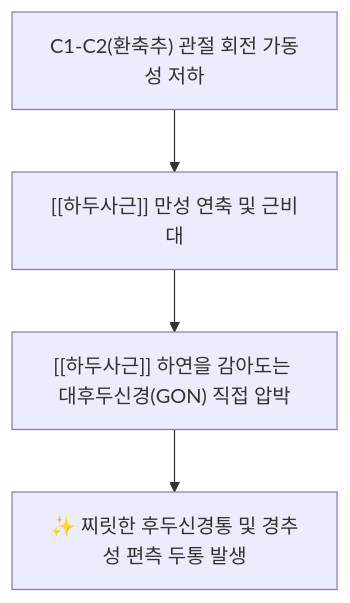
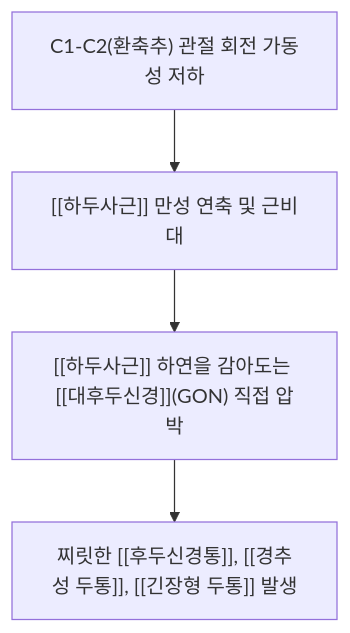
Before and after one commit to simbio11/simbio-digital-garden2: the second of 3 diagrams in content/1. 근골격계 공부/근육/(2) 경부/하두사근.md, drawn with Mermaid. The commit also changed other lines of this file and 150 other files, not shown here.

````diff
--- a/content/1. 근골격계 공부/근육/(2) 경부/하두사근.md
+++ b/content/1. 근골격계 공부/근육/(2) 경부/하두사근.md
@@ -48,6 +69,6 @@
 ```mermaid
 graph TD
     AA_JointImmobility["C1-C2(환축추) 관절 회전 가동성 저하"] --> OCI_Spasm["[[하두사근]] 만성 연축 및 근비대"]
-    OCI_Spasm --> GON_Compression["[[하두사근]] 하연을 감아도는 대후두신경(GON) 직접 압박"]
-    GON_Compression --> ThrobbingHeadache["✨ 찌릿한 후두신경통 및 경추성 편측 두통 발생"]
+    OCI_Spasm --> GON_Compression["[[하두사근]] 하연을 감아도는 [[대후두신경]](GON) 직접 압박"]
+    GON_Compression --> ThrobbingHeadache["찌릿한 [[후두신경통]], [[경추성 두통]], [[긴장형 두통]] 발생"]
 ```
````
